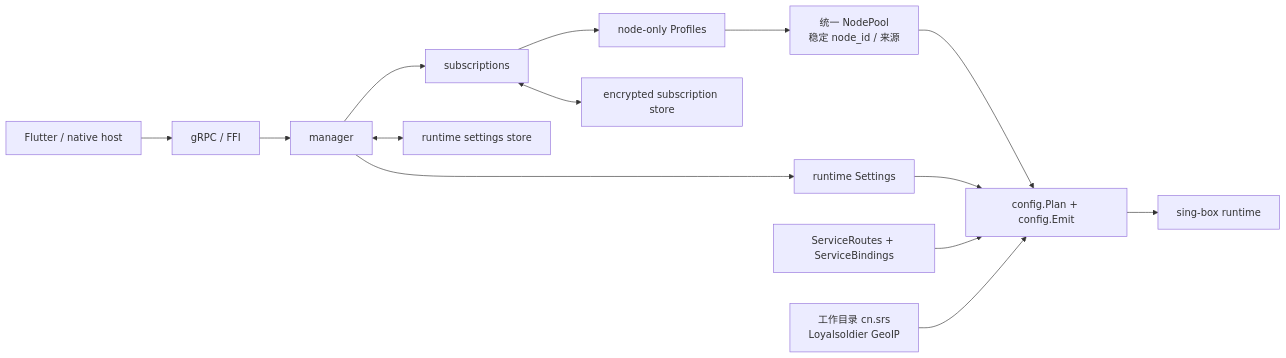
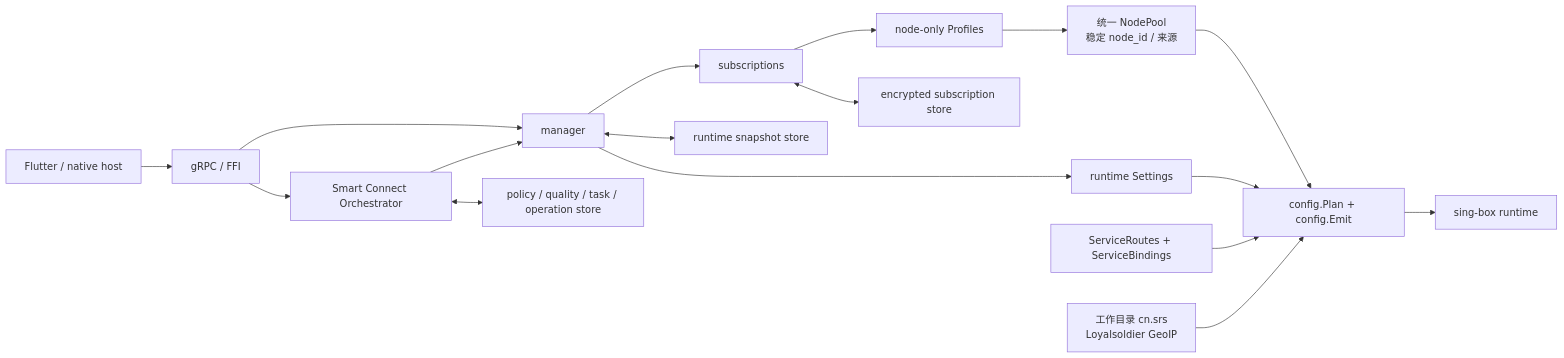
The second of 5 diagrams in docs/DESIGN.md (TargetProxy/TargetLib), drawn with Mermaid before and after one commit. The commit also changed other lines of this file and 76 other files, not shown here.

Commit message:
Add Smart Connect intent API with core-owned evaluation

````diff
--- a/docs/DESIGN.md
+++ b/docs/DESIGN.md
@@ -17,16 +55,19 @@
 ```mermaid
 flowchart LR
     HOST["Flutter / native host"] --> API["gRPC / FFI"]
+    API --> ORCH["Smart Connect Orchestrator"]
     API --> MANAGER["manager"]
+    ORCH --> MANAGER
+    ORCH <--> SCSTORE["policy / quality / task / operation store"]
     MANAGER --> SUB["subscriptions"]
     SUB --> PROFILE["node-only Profiles"]
     PROFILE --> POOL["统一 NodePool<br/>稳定 node_id / 来源"]
     POOL --> CONFIG["config.Plan + config.Emit"]
     MANAGER --> SETTINGS["runtime Settings"]
     SETTINGS --> CONFIG
     ROUTES["ServiceRoutes + ServiceBindings"] --> CONFIG
     SRS["工作目录 cn.srs<br/>Loyalsoldier GeoIP"] --> CONFIG
     CONFIG --> BOX["sing-box runtime"]
     SUB <--> STORE["encrypted subscription store"]
-    MANAGER <--> RSTORE["runtime settings store"]
+    MANAGER <--> RSTORE["runtime snapshot store"]
 ```
````
